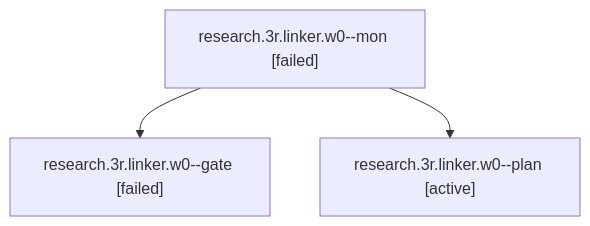
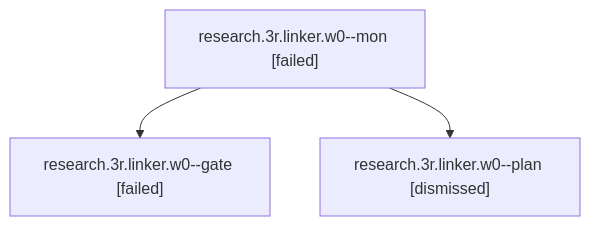
Before and after one commit to bobs-org/bob-cli--agents: the diagram in sessions/bbugyi200.athena.research.3r.linker.w0.md, drawn with Mermaid. The commit also changed other lines of this file and 590 other files, not shown here.

````diff
--- a/sessions/bbugyi200.athena.research.3r.linker.w0.md
+++ b/sessions/bbugyi200.athena.research.3r.linker.w0.md
@@ -9,8 +9,8 @@
 ```mermaid
 flowchart TD
   n0["research.3r.linker.w0--mon [failed]"]
   n1["research.3r.linker.w0--gate [failed]"]
   n0 --> n1
-  n2["research.3r.linker.w0--plan [active]"]
+  n2["research.3r.linker.w0--plan [dismissed]"]
   n0 --> n2
 ```
````
